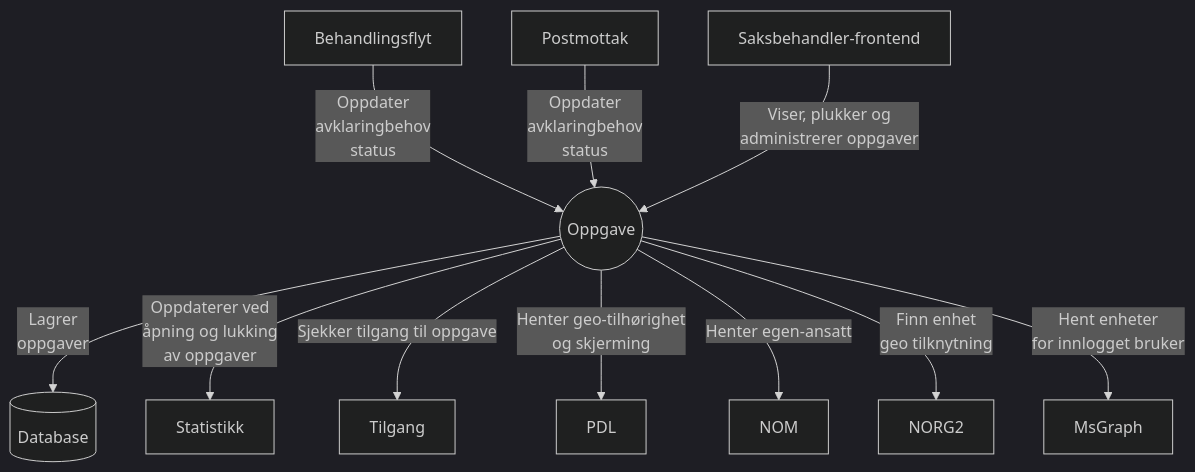
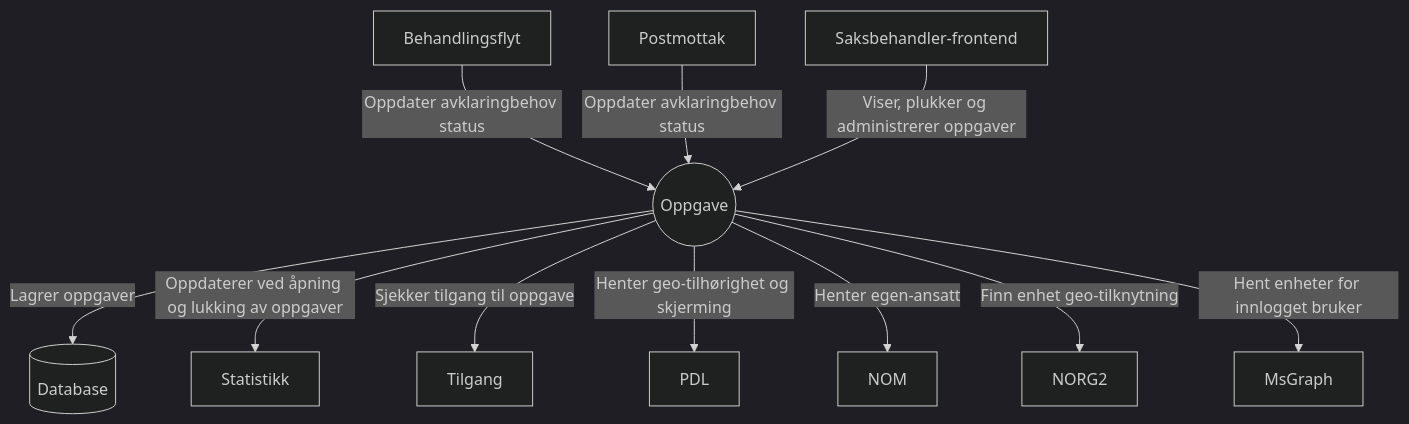
Before and after one commit to navikt/aap-oppgave: the diagram in README.md, drawn with Mermaid (dark theme).

Commit message:
Fix på diagram

````diff
--- a/README.md
+++ b/README.md
@@ -14,13 +14,13 @@
 ```mermaid
 graph TD
-    Behandlingsflyt--Oppdater \navklaringbehov \nstatus-->Oppgave((Oppgave))
-    Postmottak--Oppdater \navklaringbehov \nstatus-->Oppgave
-    Oppgave--Lagrer \noppgaver-->DB[(Database)]
-    Oppgave--Oppdaterer ved \nåpning og lukking\n av oppgaver-->Statistikk
-    Saksbehandler-frontend--Viser, plukker og \nadministrerer oppgaver-->Oppgave
+    Behandlingsflyt--Oppdater avklaringbehov status-->Oppgave((Oppgave))
+    Postmottak--Oppdater avklaringbehov status-->Oppgave
+    Oppgave--Lagrer oppgaver-->DB[(Database)]
+    Oppgave--Oppdaterer ved åpning og lukking av oppgaver-->Statistikk
+    Saksbehandler-frontend--Viser, plukker og administrerer oppgaver-->Oppgave
     Oppgave--Sjekker tilgang til oppgave-->Tilgang
-    Oppgave--Henter geo-tilhørighet\n og skjerming-->PDL
+    Oppgave--Henter geo-tilhørighet og skjerming-->PDL
     Oppgave--Henter egen-ansatt-->NOM
-    Oppgave--Finn enhet \ngeo tilknytning-->NORG2
-    Oppgave--Hent enheter \nfor innlogget bruker-->MsGraph
+    Oppgave--Finn enhet geo-tilknytning-->NORG2
+    Oppgave--Hent enheter for innlogget bruker-->MsGraph
 ```
````
